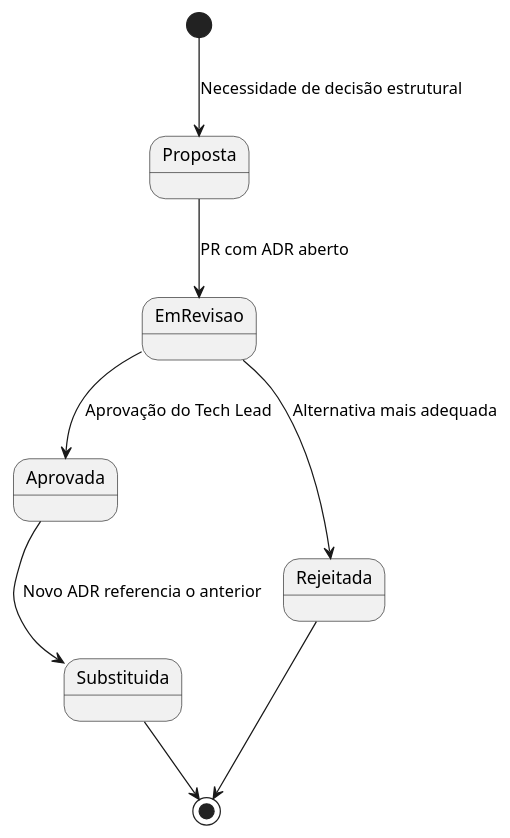
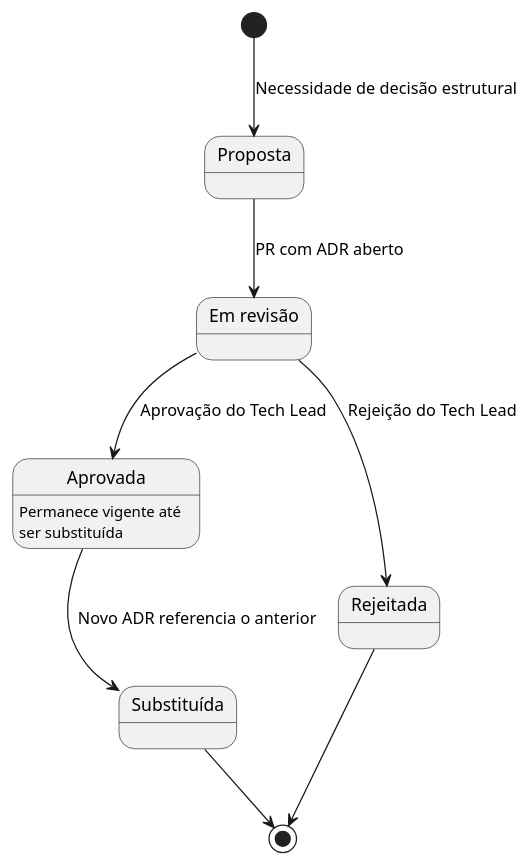
The fifth of 6 diagrams in manual/capitulos/04-gerenciamento-tecnico.md (CINESOFT-SOLUTIONS/manual-processos-software), drawn with PlantUML before and after one commit. The commit also changed other lines of this file and 23 other files, not shown here.

````diff
--- a/manual/capitulos/04-gerenciamento-tecnico.md
+++ b/manual/capitulos/04-gerenciamento-tecnico.md
@@ -341,13 +341,17 @@
 ```plantuml
 @startuml
 skinparam monochrome true
 skinparam shadowing false
+state "Em revisão" as EmRevisao
+state "Substituída" as Substituida
+state "Aprovada" as Aprovada
+Aprovada : Permanece vigente até\nser substituída
 [*] --> Proposta : Necessidade de decisão estrutural
 Proposta --> EmRevisao : PR com ADR aberto
 EmRevisao --> Aprovada : Aprovação do Tech Lead
-EmRevisao --> Rejeitada : Alternativa mais adequada
+EmRevisao --> Rejeitada : Rejeição do Tech Lead
 Aprovada --> Substituida : Novo ADR referencia o anterior
 Rejeitada --> [*]
 Substituida --> [*]
 @enduml
 ```
````
